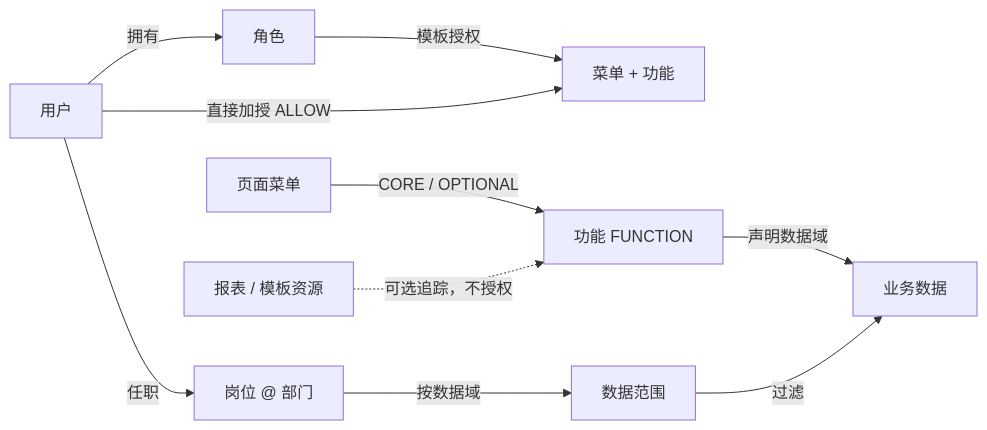
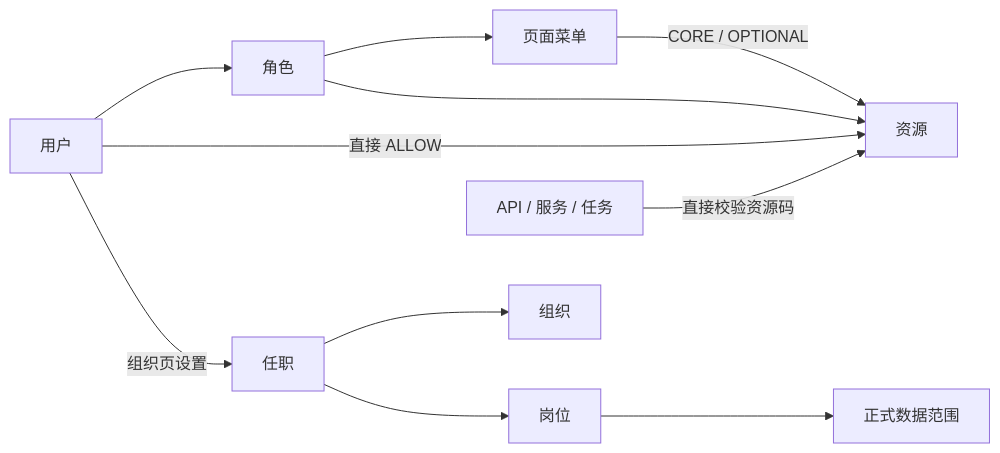
Before and after one commit to sugarboo/permission-architecture: the diagram in 企业中台权限架构研发演示概要.md, drawn with Mermaid. The commit also changed other lines of this file and 284 other files, not shown here.

````diff
--- a/企业中台权限架构研发演示概要.md
+++ b/企业中台权限架构研发演示概要.md
@@ -50,12 +42,13 @@
 ```mermaid
 flowchart LR
-  U["用户"] -->|"拥有"| R["角色"]
-  R -->|"模板授权"| P["菜单 + 功能"]
-  U -->|"直接加授 ALLOW"| P
-  M["页面菜单"] -->|"CORE / OPTIONAL"| F["功能 FUNCTION"]
-  B["报表 / 模板资源"] -.->|"可选追踪，不授权"| F
-  U -->|"任职"| UP["岗位 @ 部门"]
-  UP -->|"按数据域"| DS["数据范围"]
-  F -->|"声明数据域"| D["业务数据"]
-  DS -->|"过滤"| D
+  U["用户"] --> R["角色"]
+  U -->|"直接 ALLOW"| P["资源"]
+  R --> M["页面菜单"]
+  R --> P
+  M -->|"CORE / OPTIONAL"| P
+  U -->|"组织页设置"| A["任职"]
+  A --> O["组织"]
+  A --> POS["岗位"]
+  POS --> DS["正式数据范围"]
+  X["API / 服务 / 任务"] -->|"直接校验资源码"| P
 ```
````
